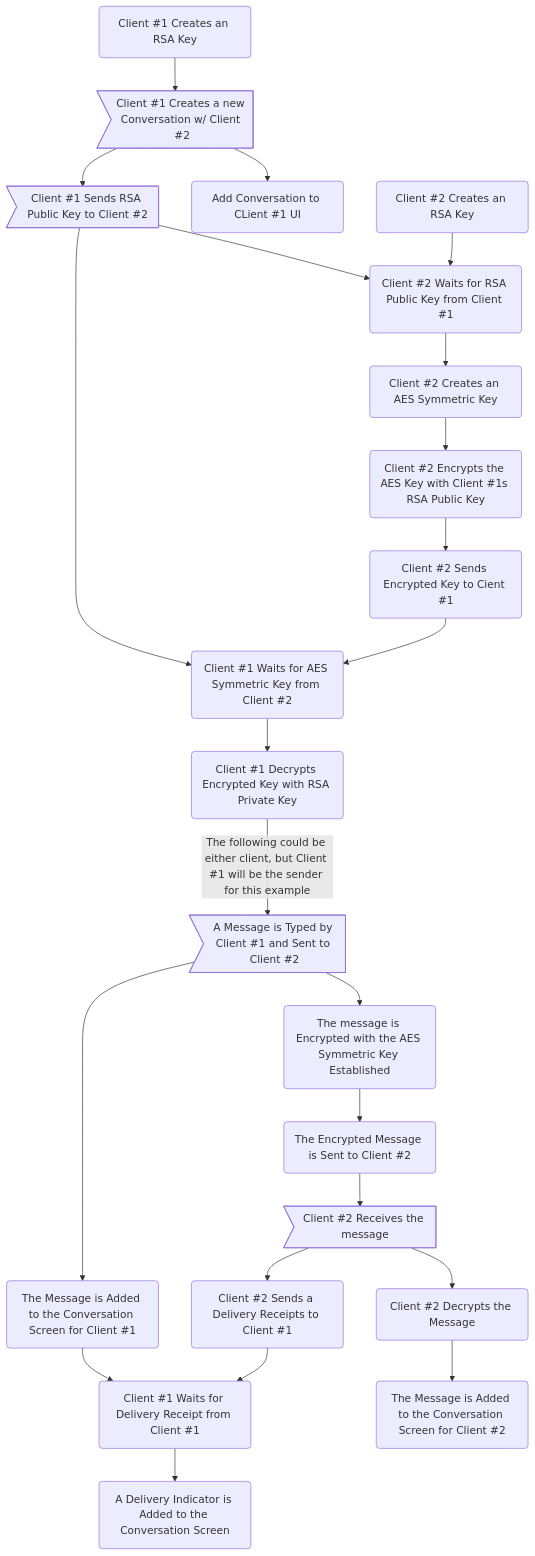
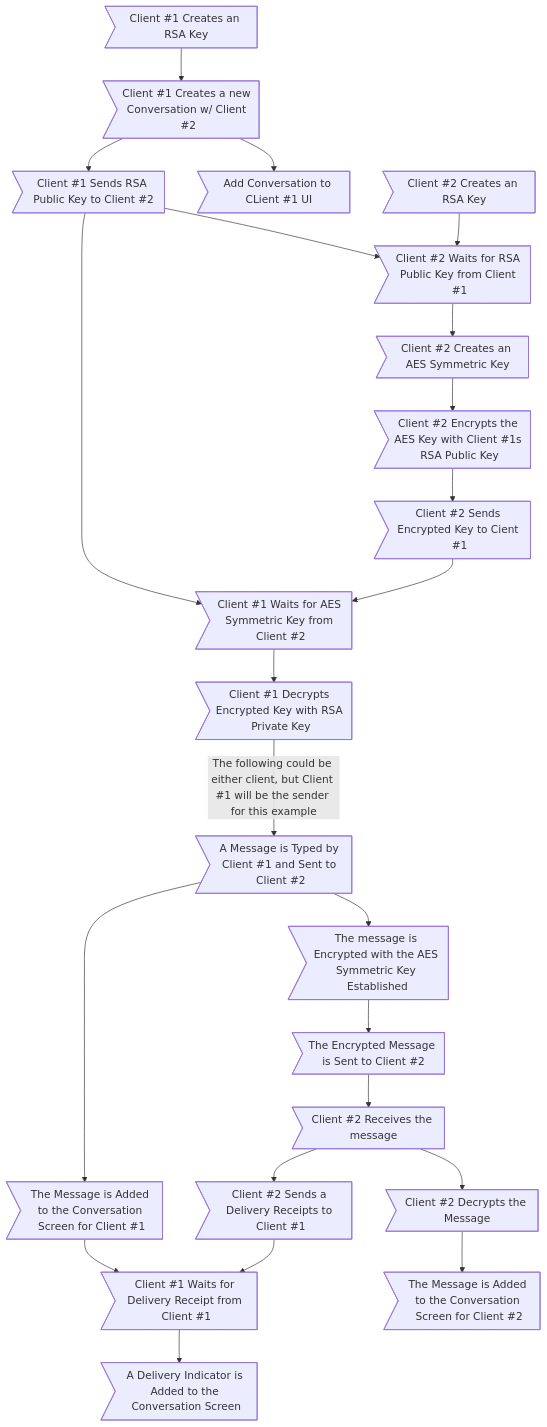
The diagram in README.md (xXCrash2BomberXx/TinyChat), drawn with Mermaid before and after one commit.

````diff
--- a/README.md
+++ b/README.md
@@ -72,25 +72,25 @@
 ```mermaid
 graph TB;
-  A(Client #1 Creates an RSA Key) --> B>Client #1 Creates a new Conversation w/ Client #2];
-  B --> D(Add Conversation to CLient #1 UI);
+  A>Client #1 Creates an RSA Key] --> B>Client #1 Creates a new Conversation w/ Client #2];
+  B --> D>Add Conversation to CLient #1 UI];
   B --> E>Client #1 Sends RSA Public Key to Client #2];
-  F(Client #2 Creates an RSA Key) --> G(Client #2 Waits for RSA Public Key from Client #1);
+  F>Client #2 Creates an RSA Key] --> G>Client #2 Waits for RSA Public Key from Client #1];
   E --> G;
-  G --> H(Client #2 Creates an AES Symmetric Key);
-  H -->I(Client #2 Encrypts the AES Key with Client #1s RSA Public Key);
-  I -->J(Client #2 Sends Encrypted Key to Cient #1);
-  E --> K(Client #1 Waits for AES Symmetric Key from Client #2);
+  G --> H>Client #2 Creates an AES Symmetric Key];
+  H -->I>Client #2 Encrypts the AES Key with Client #1s RSA Public Key];
+  I -->J>Client #2 Sends Encrypted Key to Cient #1];
+  E --> K>Client #1 Waits for AES Symmetric Key from Client #2];
   J --> K;
-  K --> L(Client #1 Decrypts Encrypted Key with RSA Private Key);
+  K --> L>Client #1 Decrypts Encrypted Key with RSA Private Key];
   L --> |The following could be either client, but Client #1 will be the sender for this example| M>A Message is Typed by Client #1 and Sent to Client #2];
-  M --> N(The message is Encrypted with the AES Symmetric Key Established);
-  N --> O(The Encrypted Message is Sent to Client #2);
-  M --> Q(The Message is Added to the Conversation Screen for Client #1);
-  Q --> R(Client #1 Waits for Delivery Receipt from Client #1);
-  R --> V(A Delivery Indicator is Added to the Conversation Screen);
+  M --> N>The message is Encrypted with the AES Symmetric Key Established];
+  N --> O>The Encrypted Message is Sent to Client #2];
+  M --> Q>The Message is Added to the Conversation Screen for Client #1];
+  Q --> R>Client #1 Waits for Delivery Receipt from Client #1];
+  R --> V>A Delivery Indicator is Added to the Conversation Screen];
   O --> P>Client #2 Receives the message];
-  P --> S(Client #2 Decrypts the Message);
-  S --> T(The Message is Added to the Conversation Screen for Client #2);
-  P --> U(Client #2 Sends a Delivery Receipts to Client #1);
+  P --> S>Client #2 Decrypts the Message];
+  S --> T>The Message is Added to the Conversation Screen for Client #2];
+  P --> U>Client #2 Sends a Delivery Receipts to Client #1];
   U --> R;
 ```
````
